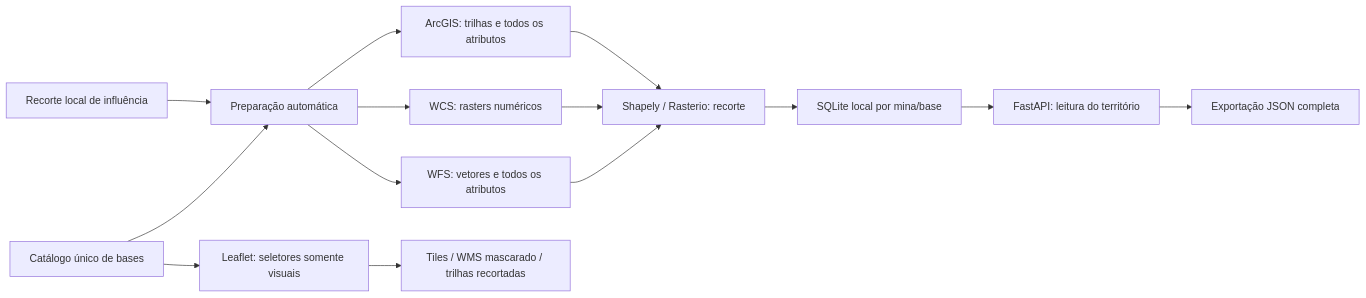
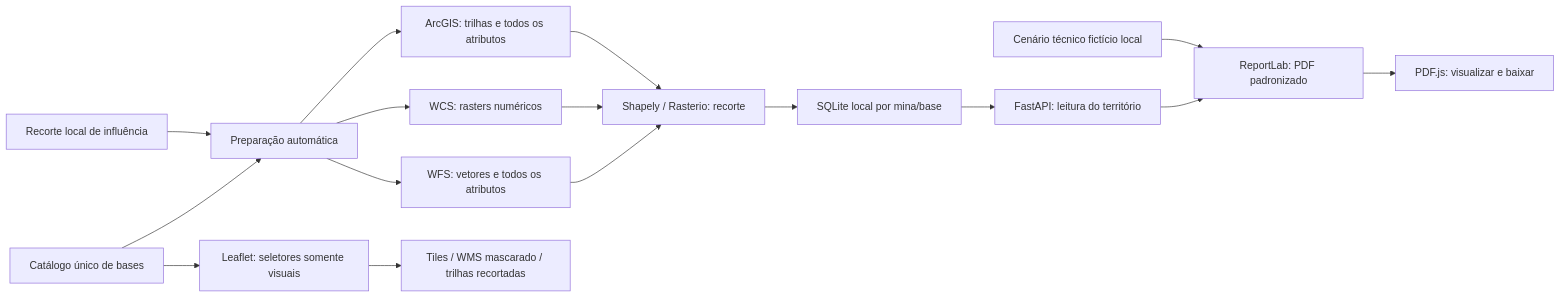
One commit to Rafael-Inacio-Silva/Geo_Vale changed the diagram in docs/ARQUITETURA.md. Above: the diagram before and after it, drawn with Mermaid. The commit also changed other lines of this file and 30 other files, not shown here.

Commit message:
Substitui exportação JSON por relatório GeoVale em PDF

````diff
--- a/docs/ARQUITETURA.md
+++ b/docs/ARQUITETURA.md
@@ -3,16 +3,18 @@
 ```mermaid
 flowchart LR
     C[Catálogo único de bases] --> P[Preparação automática]
     R[Recorte local de influência] --> P
     P --> W[WFS: vetores e todos os atributos]
     P --> T[WCS: rasters numéricos]
     P --> G[ArcGIS: trilhas e todos os atributos]
     W --> X[Shapely / Rasterio: recorte]
     T --> X
     G --> X
     X --> B[SQLite local por mina/base]
     B --> A[FastAPI: leitura do território]
-    A --> U[Exportação JSON completa]
+    A --> U[ReportLab: PDF padronizado]
+    S[Cenário técnico fictício local] --> U
+    U --> J[PDF.js: visualizar e baixar]
     C --> V[Leaflet: seletores somente visuais]
     V --> F[Tiles / WMS mascarado / trilhas recortadas]
 ```
````
